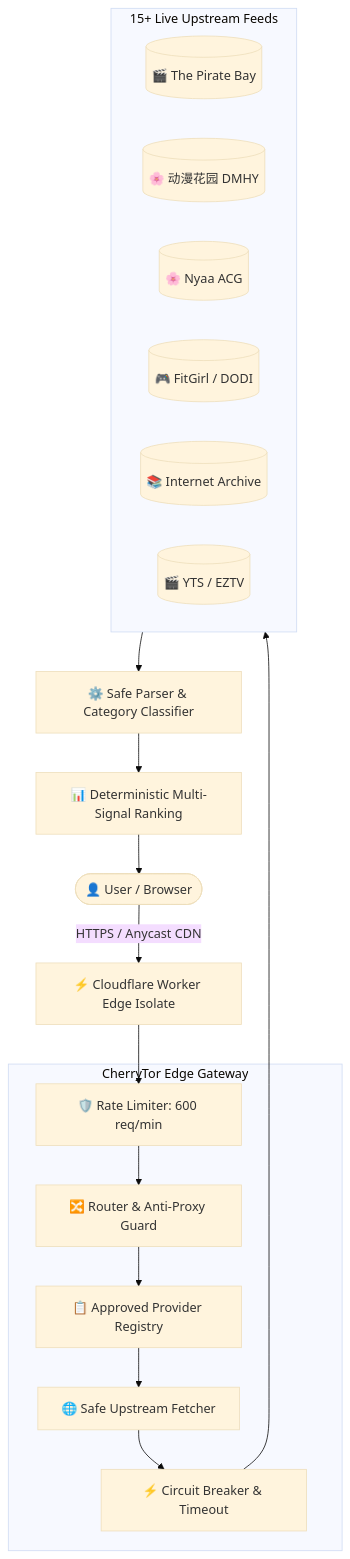
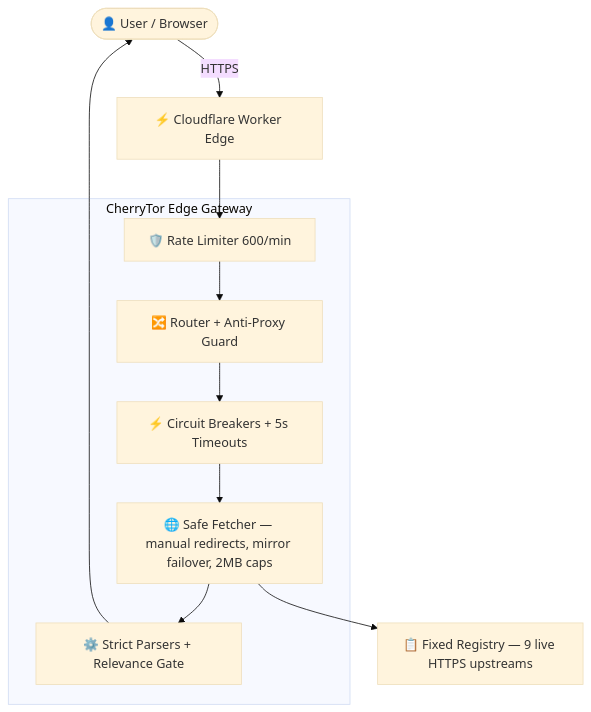
Before and after one commit to oaichu/CherryTor: the diagram in README.md, drawn with Mermaid (base theme). The commit also changed other lines of this file and 1 other file, not shown here.

````diff
--- a/README.md
+++ b/README.md
@@ -76,27 +76,15 @@
 ```mermaid
 flowchart TD
-    User([👤 User / Browser]) -->|HTTPS / Anycast CDN| Edge[⚡ Cloudflare Worker Edge Isolate]
-    
-    subgraph Edge_Gateway [CherryTor Edge Gateway]
-        RateLimit[🛡️ Rate Limiter: 600 req/min] --> Router[🔀 Router & Anti-Proxy Guard]
-        Router --> Registry[📋 Approved Provider Registry]
-        Registry --> Fetcher[🌐 Safe Upstream Fetcher]
-        Fetcher --> Breaker[⚡ Circuit Breaker & Timeout]
+    User([👤 User / Browser]) -->|HTTPS| Edge[⚡ Cloudflare Worker Edge]
+
+    subgraph EdgeGateway [CherryTor Edge Gateway]
+        RL[🛡️ Rate Limiter 600/min] --> R[🔀 Router + Anti-Proxy Guard]
+        R --> CB[⚡ Circuit Breakers + 5s Timeouts]
+        CB --> F[🌐 Safe Fetcher — manual redirects, mirror failover, 2MB caps]
+        F --> P[⚙️ Strict Parsers + Relevance Gate]
     end
 
-    Edge --> RateLimit
-    
-    subgraph Upstream_Providers [15+ Live Upstream Feeds]
-        P1[(🎬 The Pirate Bay)]
-        P2[(🌸 动漫花园 DMHY)]
-        P3[(🌸 Nyaa ACG)]
-        P4[(🎮 FitGirl / DODI)]
-        P5[(📚 Internet Archive)]
-        P6[(🎬 YTS / EZTV)]
-    end
-
-    Breaker --> Upstream_Providers
-    Upstream_Providers --> Parser[⚙️ Safe Parser & Category Classifier]
-    Parser --> Ranking[📊 Deterministic Multi-Signal Ranking]
-    Ranking --> User
+    Edge --> RL
+    F --> UP[📋 Fixed Registry — 9 live HTTPS upstreams]
+    P --> User
 ```
````
